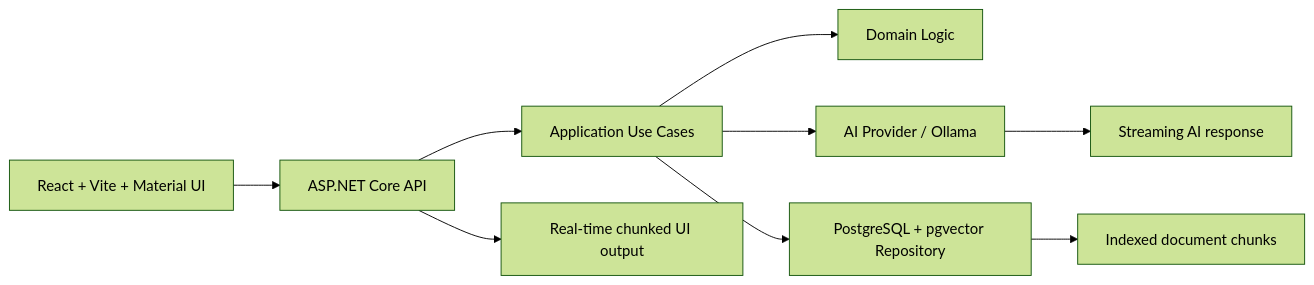
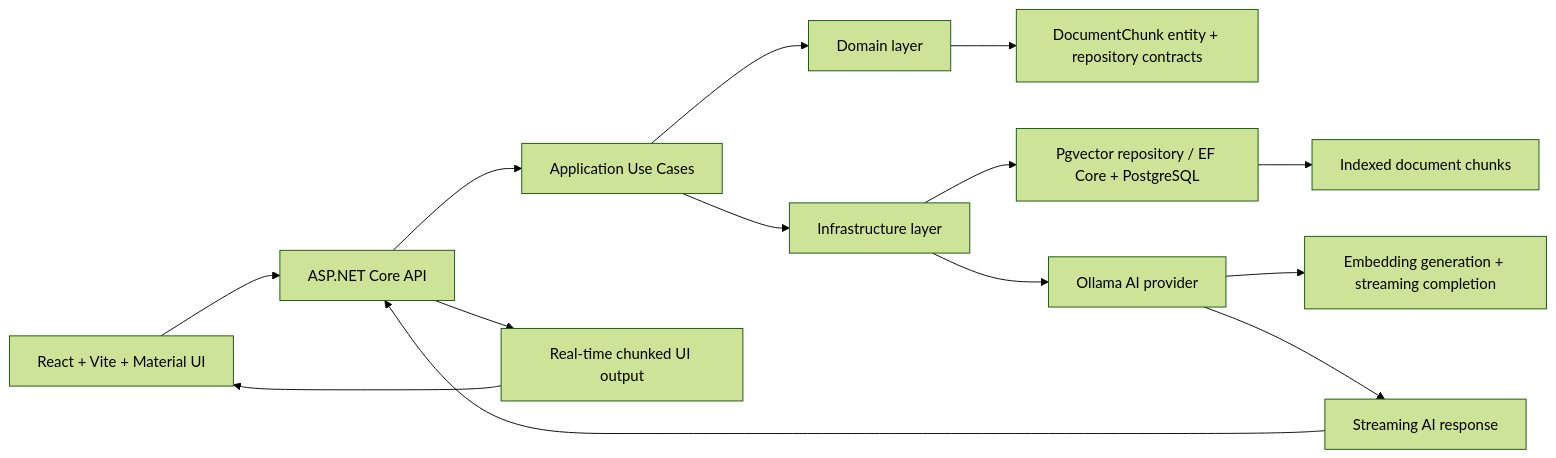
The diagram in README.md (emmannweb/rag-chatbot), drawn with Mermaid (forest theme) before and after one commit. The commit also changed other lines of this file, not shown here.

````diff
--- a/README.md
+++ b/README.md
@@ -27,11 +27,18 @@
 ```mermaid
 flowchart LR
     A[React + Vite + Material UI] --> B[ASP.NET Core API]
     B --> C[Application Use Cases]
-    C --> D[Domain Logic]
-    C --> E[AI Provider / Ollama]
-    C --> F[PostgreSQL + pgvector Repository]
-    F --> G[Indexed document chunks]
-    E --> H[Streaming AI response]
-    B --> I[Real-time chunked UI output]
+    C --> D[Domain layer]
+    D --> E[DocumentChunk entity + repository contracts]
+
+    C --> F[Infrastructure layer]
+    F --> G[Pgvector repository / EF Core + PostgreSQL]
+    F --> H[Ollama AI provider]
+    G --> I[Indexed document chunks]
+    H --> J[Embedding generation + streaming completion]
+
+    H --> K[Streaming AI response]
+    K --> B
+    B --> L[Real-time chunked UI output]
+    L --> A
 ```
````
